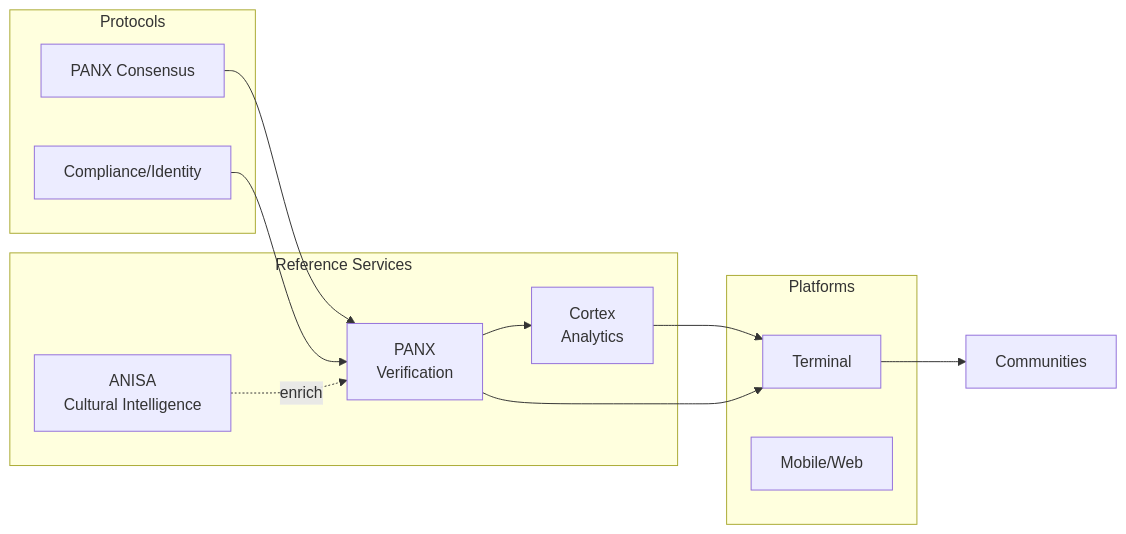
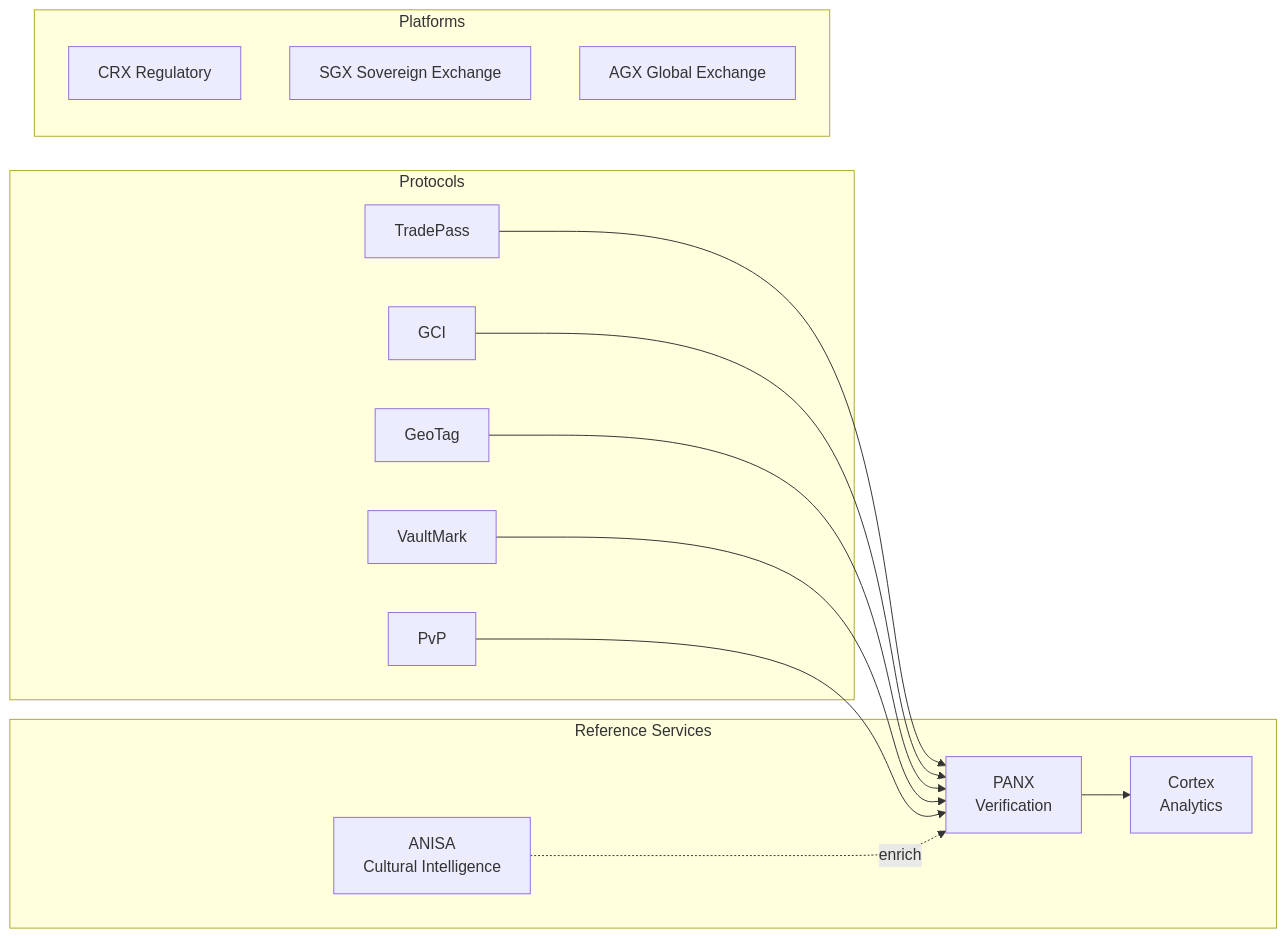
Before and after one commit to gtcx-protocol/gtcx-ecosystem-agile: the second of 3 diagrams in README.md, drawn with Mermaid. The commit also changed other lines of this file and 1 other file, not shown here.

Commit message:
docs: update org and platforms READMEs; protocols order; chore: disable auto-commit workflow; chore: platforms scripts (CRX/SGX e2e)

````diff
--- a/README.md
+++ b/README.md
@@ -28,23 +32,27 @@
 ```mermaid
 flowchart LR
   subgraph Protocols
-    P1[PANX Consensus]
-    P2[Compliance/Identity]
+    L1[TradePass]
+    L2[GCI]
+    L3[GeoTag]
+    L4[VaultMark]
+    L5[PvP]
   end
   subgraph Reference Services
     S1[PANX\nVerification]
     S2[ANISA\nCultural Intelligence]
     S3[Cortex\nAnalytics]
   end
   subgraph Platforms
-    UI1[Terminal]
-    UI2[Mobile/Web]
+    CRX[CRX Regulatory]
+    SGX[SGX Sovereign Exchange]
+    AGX[AGX Global Exchange]
   end
-  P1 --> S1
-  P2 --> S1
+  L1 --> S1
+  L2 --> S1
+  L3 --> S1
+  L4 --> S1
+  L5 --> S1
+  S2 -. enrich .-> S1
   S1 --> S3
-  S2 -. enrich .-> S1
-  S3 --> UI1
-  S1 --> UI1
-  UI1 --> Communities
 ```
````
